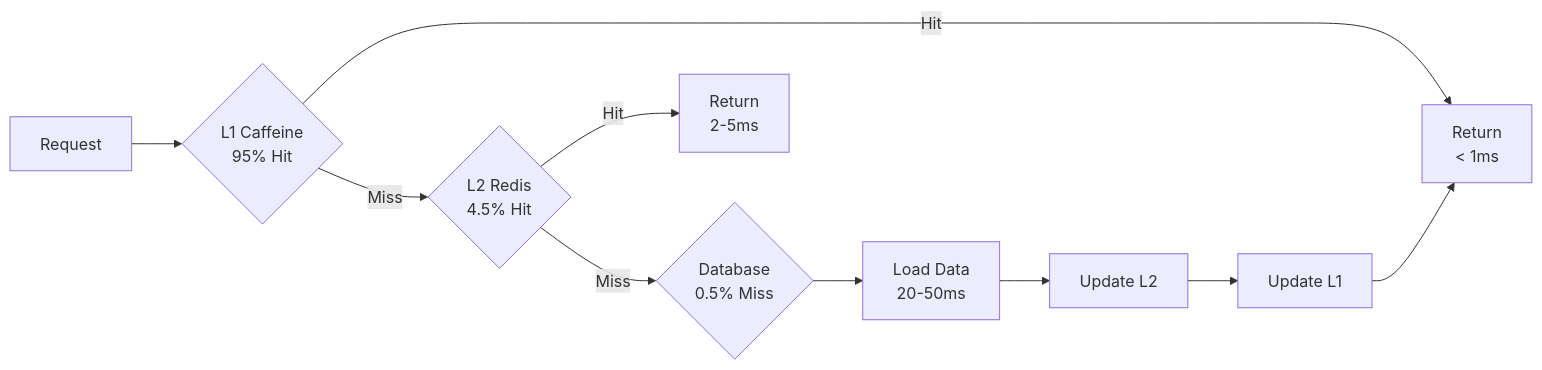
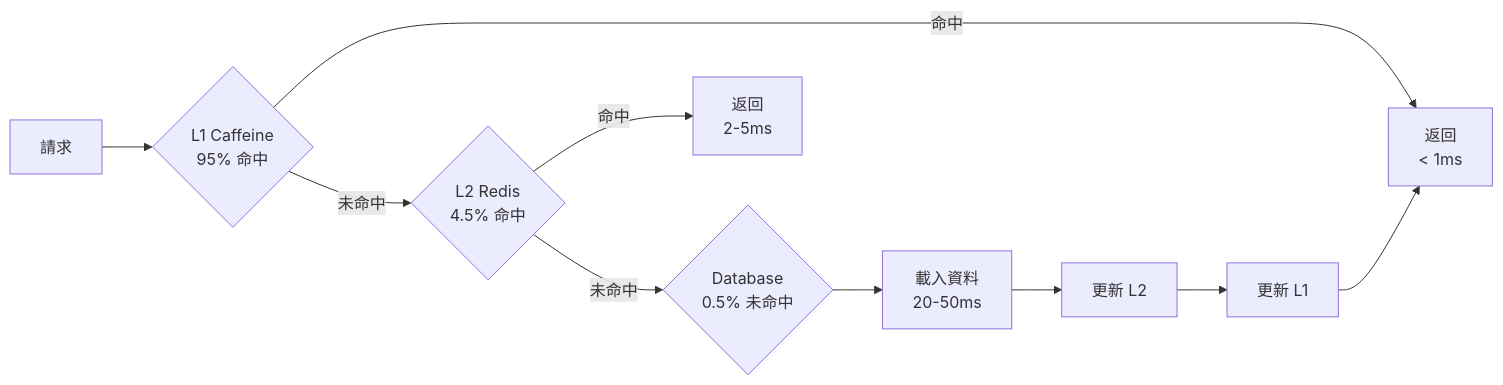
The first of 2 diagrams in docs/iGaming/architecture/00_Overview/Technology_Stack.md (ron03wlb/smart-admin), drawn with Mermaid before and after one commit. The commit also changed other lines of this file, not shown here.

````diff
--- a/docs/iGaming/architecture/00_Overview/Technology_Stack.md
+++ b/docs/iGaming/architecture/00_Overview/Technology_Stack.md
@@ -479,12 +479,12 @@
 ```mermaid
 flowchart LR
-    A[Request] --> B{L1 Caffeine<br/>95% Hit}
-    B -->|Hit| C[Return<br/>< 1ms]
-    B -->|Miss| D{L2 Redis<br/>4.5% Hit}
-    D -->|Hit| E[Return<br/>2-5ms]
-    D -->|Miss| F{Database<br/>0.5% Miss}
-    F --> G[Load Data<br/>20-50ms]
-    G --> H[Update L2]
-    H --> I[Update L1]
+    A[請求] --> B{L1 Caffeine<br/>95% 命中}
+    B -->|命中| C[返回<br/>< 1ms]
+    B -->|未命中| D{L2 Redis<br/>4.5% 命中}
+    D -->|命中| E[返回<br/>2-5ms]
+    D -->|未命中| F{Database<br/>0.5% 未命中}
+    F --> G[載入資料<br/>20-50ms]
+    G --> H[更新 L2]
+    H --> I[更新 L1]
     I --> C
 ```
````
